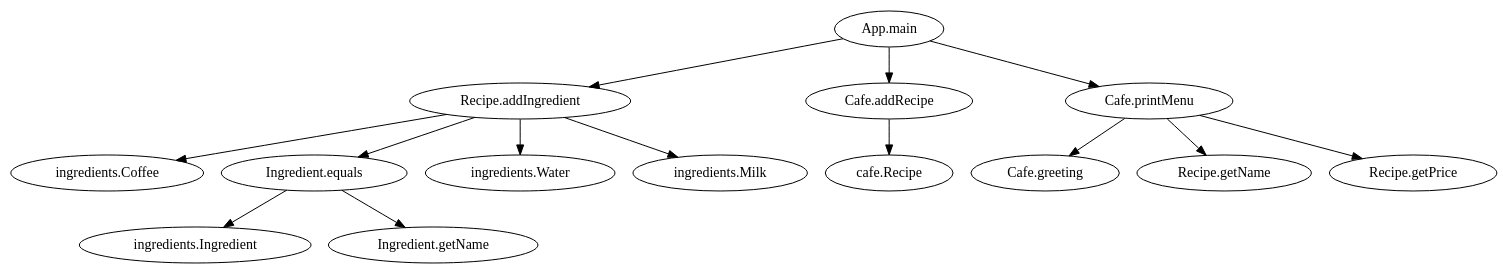
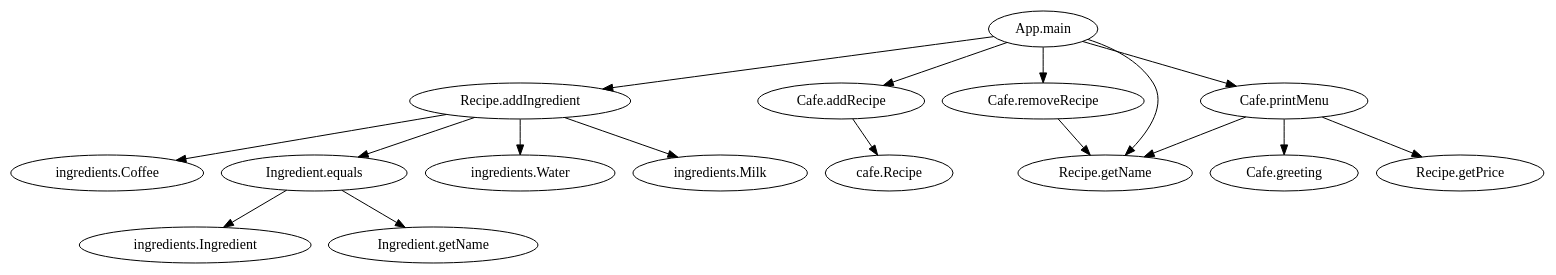
The diagram in Cafe.dot (ruizhengu/CausalGrading), drawn with Graphviz before and after one commit. The commit also changed 1 other file, not shown here.

```diff
--- a/Cafe.dot
+++ b/Cafe.dot
@@ -1,29 +1,33 @@
 digraph Cafe {
 "App.main" [label="App.main"];
 "Recipe.addIngredient" [label="Recipe.addIngredient"];
 "ingredients.Coffee" [label="ingredients.Coffee"];
 "Ingredient.equals" [label="Ingredient.equals"];
 "ingredients.Ingredient" [label="ingredients.Ingredient"];
 "Ingredient.getName" [label="Ingredient.getName"];
 "ingredients.Water" [label="ingredients.Water"];
 "Cafe.addRecipe" [label="Cafe.addRecipe"];
 "cafe.Recipe" [label="cafe.Recipe"];
 "ingredients.Milk" [label="ingredients.Milk"];
+"Cafe.removeRecipe" [label="Cafe.removeRecipe"];
+"Recipe.getName" [label="Recipe.getName"];
 "Cafe.printMenu" [label="Cafe.printMenu"];
 "Cafe.greeting" [label="Cafe.greeting"];
-"Recipe.getName" [label="Recipe.getName"];
 "Recipe.getPrice" [label="Recipe.getPrice"];
 "App.main" -> "Recipe.addIngredient";
 "App.main" -> "Cafe.addRecipe";
+"App.main" -> "Cafe.removeRecipe";
+"App.main" -> "Recipe.getName";
 "App.main" -> "Cafe.printMenu";
 "Recipe.addIngredient" -> "ingredients.Coffee";
 "Recipe.addIngredient" -> "Ingredient.equals";
 "Recipe.addIngredient" -> "ingredients.Water";
 "Recipe.addIngredient" -> "ingredients.Milk";
 "Ingredient.equals" -> "ingredients.Ingredient";
 "Ingredient.equals" -> "Ingredient.getName";
 "Cafe.addRecipe" -> "cafe.Recipe";
+"Cafe.removeRecipe" -> "Recipe.getName";
 "Cafe.printMenu" -> "Cafe.greeting";
 "Cafe.printMenu" -> "Recipe.getName";
 "Cafe.printMenu" -> "Recipe.getPrice";
 }
```
